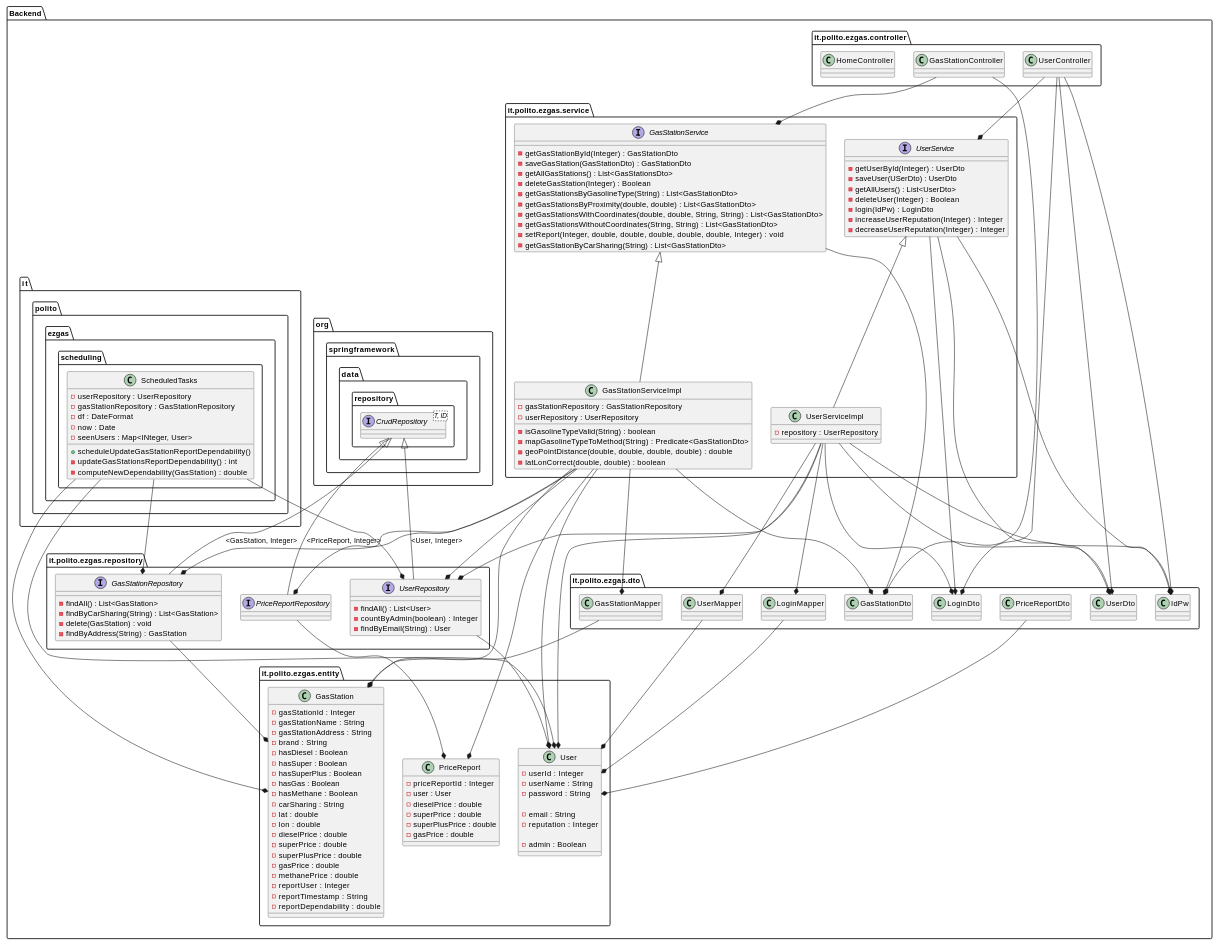
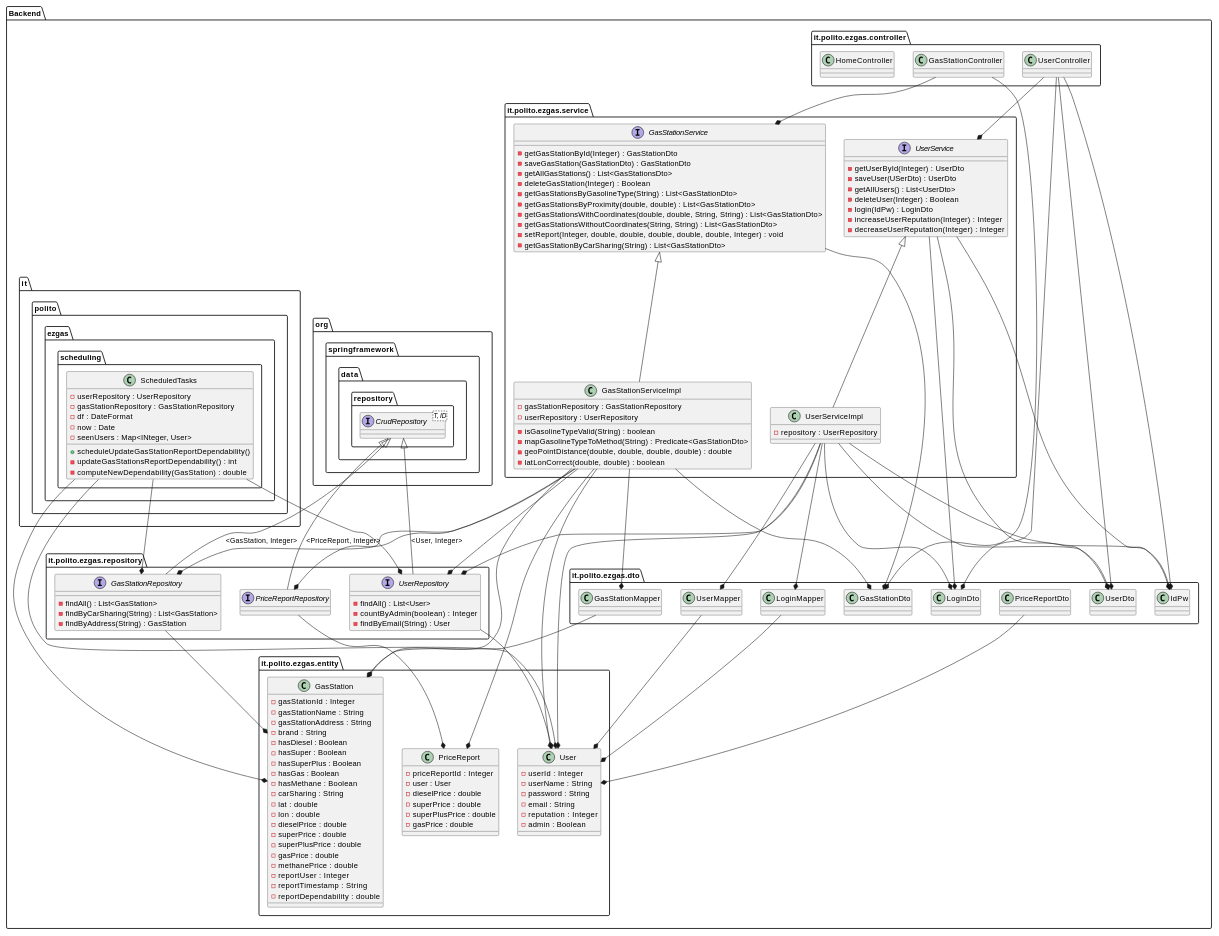
Before and after one commit to polito-se2-2020-team6/ezgas: the fourth of 15 diagrams in docs/DesignDocument.md, drawn with PlantUML.

Commit message:
docs: changed design

```diff
--- a/docs/DesignDocument.md
+++ b/docs/DesignDocument.md
@@ -262,72 +262,59 @@
 
 package "it.polito.ezgas.entity" as entity {
 	class "User" as u {
-
-    - userId : Integer
-    - userName : String
-    - password : String
-
- 		- email : String
- 		- reputation : Integer
-
-    - admin : Boolean
-
+        - userId : Integer
+        - userName : String
+        - password : String
+        - email : String
+        - reputation : Integer
+        - admin : Boolean
 	}
 
 	class "PriceReport" as pr {
-
-    - priceReportId : Integer
-    - user : User
-    - dieselPrice : double
-    - superPrice : double
-    - superPlusPrice : double
-    - gasPrice : double
-
+        - priceReportId : Integer
+        - user : User
+        - dieselPrice : double
+        - superPrice : double
+        - superPlusPrice : double
+        - gasPrice : double
 	}
 
 	class "GasStation" as gs {
-
-    - gasStationId : Integer
-    - gasStationName : String
-    - gasStationAddress : String
-    - brand : String
-    - hasDiesel : Boolean
-    - hasSuper : Boolean
-    - hasSuperPlus : Boolean
-    - hasGas : Boolean
-    - hasMethane : Boolean
-    - carSharing : String
-    - lat : double
-    - lon : double
-    - dieselPrice : double
-    - superPrice : double
-    - superPlusPrice : double
-    - gasPrice : double
-    - methanePrice : double
-    - reportUser : Integer
-    - reportTimestamp : String
-    - reportDependability : double
-
+        - gasStationId : Integer
+        - gasStationName : String
+        - gasStationAddress : String
+        - brand : String
+        - hasDiesel : Boolean
+        - hasSuper : Boolean
+        - hasSuperPlus : Boolean
+        - hasGas : Boolean
+        - hasMethane : Boolean
+        - carSharing : String
+        - lat : double
+        - lon : double
+        - dieselPrice : double
+        - superPrice : double
+        - superPlusPrice : double
+        - gasPrice : double
+        - methanePrice : double
+        - reportUser : Integer
+        - reportTimestamp : String
+        - reportDependability : double
 	}
 
 }
 
 package "it.polito.ezgas.repository" as repository {
 	interface "UserRepository" as urep {
-
-    - findAll() : List<User>
-    - countByAdmin(boolean) : Integer
-    - findByEmail(String) : User
-
+        - findAll() : List<User>
+        - countByAdmin(boolean) : Integer
+        - findByEmail(String) : User
 	}
 	interface "PriceReportRepository" as prrep
 	interface "GasStationRepository" as gsrep{
-
-    - findAll() : List<GasStation>
-    - findByCarSharing(String) : List<GasStation>
-    - delete(GasStation) : void 
-    - findByAddress(String) : GasStation
-
+        - findAll() : List<GasStation>
+        - findByCarSharing(String) : List<GasStation>
+        - findByAddress(String) : GasStation
 	}
 
 }
```
